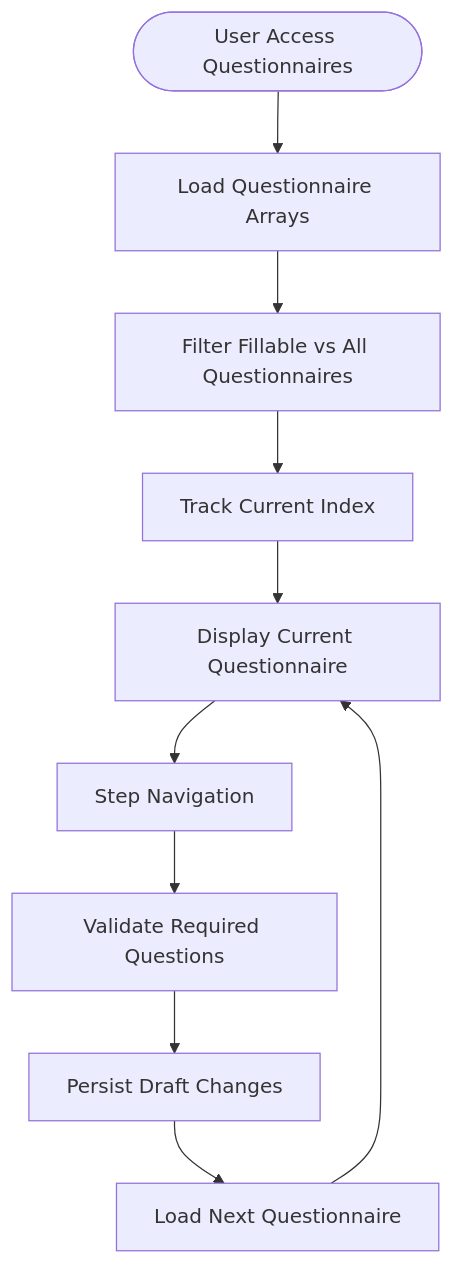
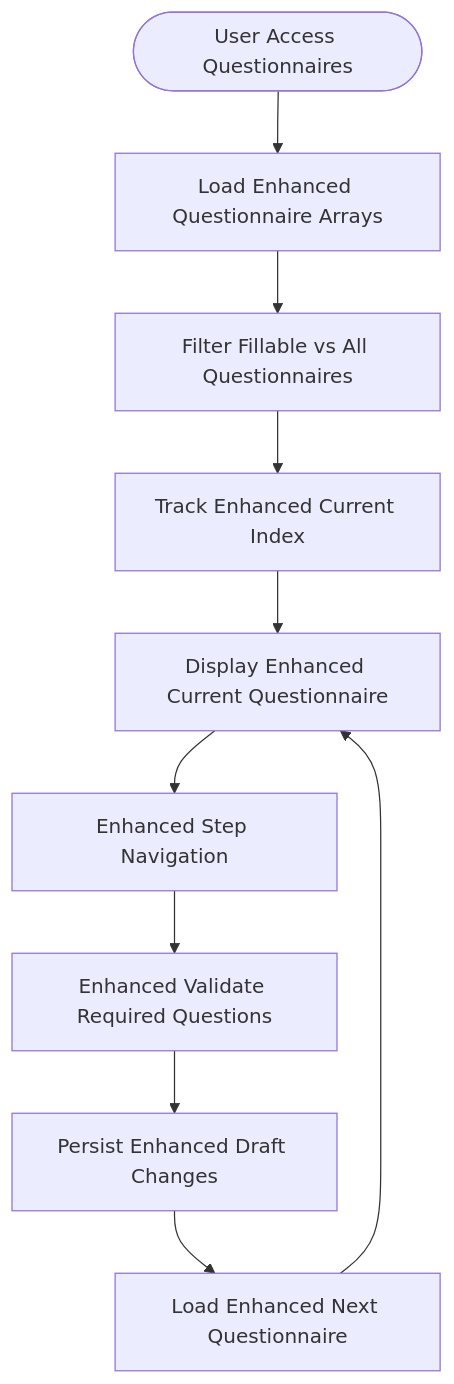
One commit to rudicatsmile/assesment360 changed the third of 9 diagrams in .qoder/repowiki/en/content/Core Features/Evaluation Workflows/Questionnaire Filling Interface.md. Above: the diagram before and after it, drawn with Mermaid. The commit also changed other lines of this file and 6 other files, not shown here.

````diff
--- a/.qoder/repowiki/en/content/Core Features/Evaluation Workflows/Questionnaire Filling Interface.md
+++ b/.qoder/repowiki/en/content/Core Features/Evaluation Workflows/Questionnaire Filling Interface.md
@@ -229,12 +234,12 @@
 ```mermaid
 flowchart TD
-Start(["User Access Questionnaires"]) --> Load["Load Questionnaire Arrays"]
+Start(["User Access Questionnaires"]) --> Load["Load Enhanced Questionnaire Arrays"]
 Load --> Filter["Filter Fillable vs All Questionnaires"]
-Filter --> Track["Track Current Index"]
-Track --> Display["Display Current Questionnaire"]
-Display --> Navigate["Step Navigation"]
-Navigate --> Validate["Validate Required Questions"]
-Validate --> Autosave["Persist Draft Changes"]
-Autosave --> Next["Load Next Questionnaire"]
+Filter --> Track["Track Enhanced Current Index"]
+Track --> Display["Display Enhanced Current Questionnaire"]
+Display --> Navigate["Enhanced Step Navigation"]
+Navigate --> Validate["Enhanced Validate Required Questions"]
+Validate --> Autosave["Persist Enhanced Draft Changes"]
+Autosave --> Next["Load Enhanced Next Questionnaire"]
 Next --> Display
 ```
````
